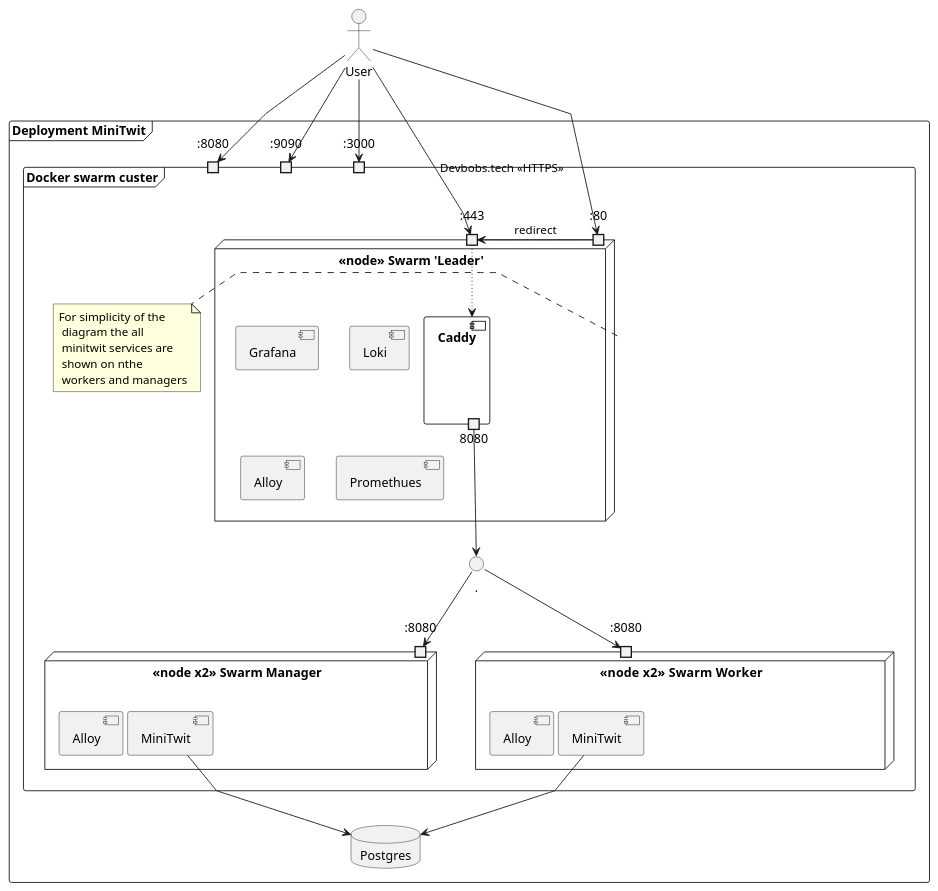
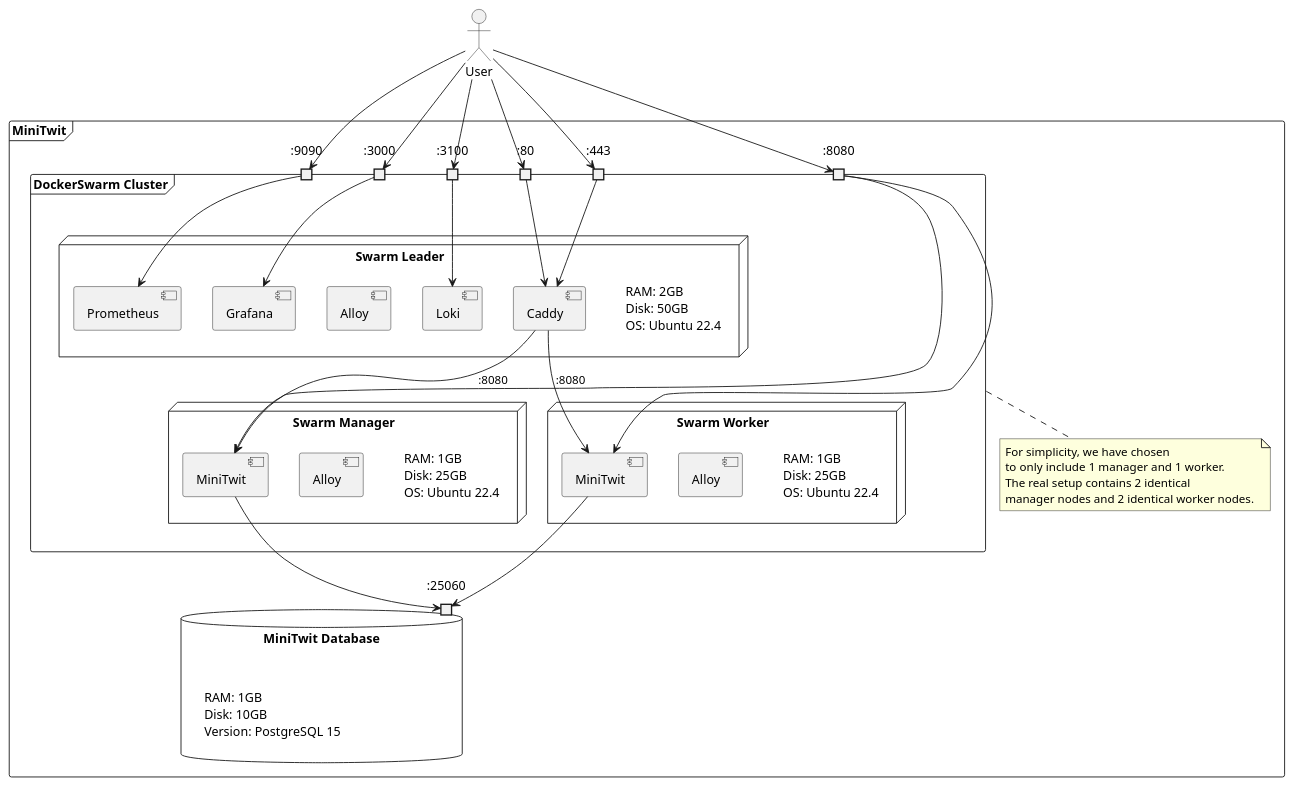
One commit to DevBobs-devops/Devbobs_MiniTwit changed the diagram in report/src/diagrams/deployment.puml. Above: the diagram before and after it, drawn with PlantUML. The commit also changed 1 other file, not shown here.

Commit message:
report: use new deployment diagram

```diff
--- a/report/src/diagrams/deployment.puml
+++ b/report/src/diagrams/deployment.puml
@@ -1,69 +1,80 @@
 @startuml 
 
-skinparam linetype polyline
 actor User
 
-frame "Deployment MiniTwit" {
-    
-    frame "Docker swarm custer" as cluster {
-        port ":8080" as 8080m1
+frame "MiniTwit" as MiniTwit {
+
+    frame "DockerSwarm Cluster" as DockerSwarm{
+         
+         
         port ":9090" as 9090
         port ":3000" as 3000
+        port ":3100" as 3100
+        port ":80"   as 80
+        port ":443"  as 443
+        port ":8080" as 8080
 
-        node "<<node>> Swarm 'Leader'" as leader {
-            port ":443" as 443
-            port ":80" as 80
+        node "Swarm Leader" as leader {
+            label "RAM: 2GB\nDisk: 50GB \nOS: Ubuntu 22.4 " as label_0
+
             component Grafana
             component Loki
-            component Alloy as alloy_leader
-            component Promethues
-            component Caddy {
-                portout "8080" as cad_out
+            component Alloy as alloy_0
+            component Prometheus                 
+            component Caddy
+        }
+
+    
+            node "Swarm Manager" as manager_1 {
+                label "RAM: 1GB\nDisk: 25GB \nOS: Ubuntu 22.4 " as label_1
+                component Alloy as alloy_1
+                component MiniTwit as minitwit_0
+            
             }
-        }
-        note right of leader : For simplicity of the \n diagram the all \n minitwit services are \n shown on nthe \n workers and managers
 
-    circle "." as circle
+            node "Swarm Worker" as worker {
+                label "RAM: 1GB\nDisk: 25GB \nOS: Ubuntu 22.4 " as label_2
+                component Alloy as alloy_2
+                component MiniTwit as minitwit_1
+            
+            }
+    
+    
+}   
 
-    together {
-        node "<<node x2>> Swarm Manager"  as manager1 {
-            portin ":8080" as 8080m2
-            component "MiniTwit" as minitwit_manager1
-            component Alloy as alloy_manager1
-        }
-        node "<<node x2>>  Swarm Worker" as worker1 {
-            portin ":8080" as 8080m4
-            component MiniTwit as minitwit_worker1
+    database "MiniTwit Database" as db{
+        label "RAM: 1GB \nDisk: 10GB \nVersion: PostgreSQL 15"
+        port ":25060" as 25060        
+    }
 
-            component Alloy as alloy_worker1
-        }
-    }
-    
-    }
-    
-
-    database Postgres {
-    }
+    note bottom of DockerSwarm
+        For simplicity, we have chosen
+        to only include 1 manager and 1 worker. 
+        The real setup contains 2 identical 
+        manager nodes and 2 identical worker nodes. 
+    end note
 }
 
-'We need to dobble checj how Caddy intercepts the request'
-User --> 443 : Devbobs.tech <<HTTPS>> 
-User --> 80
-'User is redirected to 443'
-80 --> 443 : redirect
+
+User --> 80 
+User --> 443 
+User --> 9090
 User --> 3000
-User --> 8080m1
-User --> 9090
+User --> 3100 
+User --> 8080
+3000 --> Grafana 
+3100 --> Loki
+9090 --> Prometheus
+80 --> Caddy
+443 --> Caddy 
 
+8080 --> minitwit_0
+8080 --> minitwit_1
+Caddy --> minitwit_0 : :8080 
+Caddy --> minitwit_1 : :8080 
+minitwit_0 --> 25060 
+minitwit_1 --> 25060 
 
-443 -[dotted]-> Caddy
-
-cad_out --> circle
-
-circle --> 8080m2
-circle --> 8080m4
-minitwit_manager1 --> Postgres
-minitwit_worker1 --> Postgres
 
 
 @enduml
```
